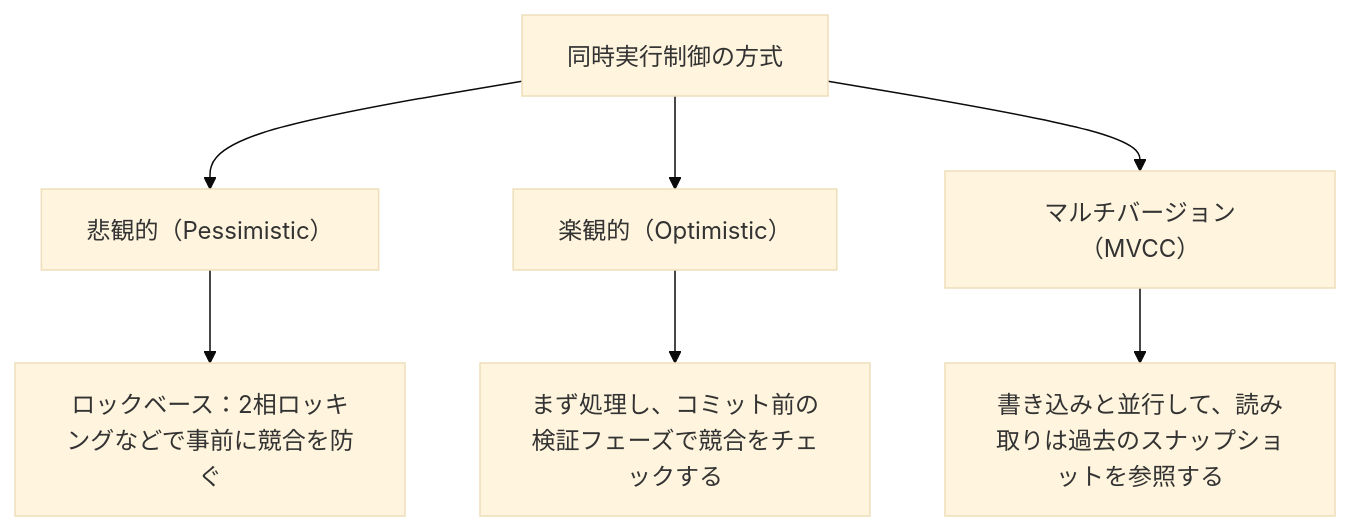
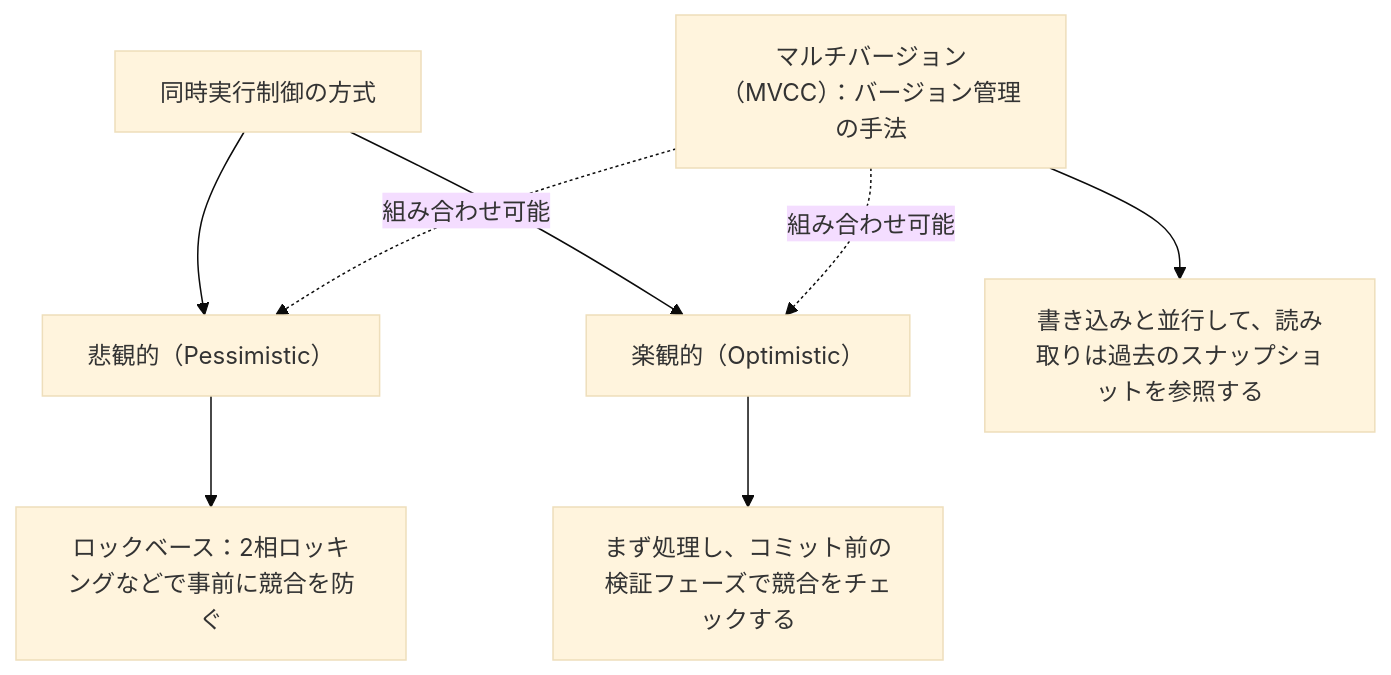
The seventh of 15 diagrams in Database-internals-guide.md (myoshi2891/Software-Design-and-Architecture), drawn with Mermaid (base theme) before and after one commit. The commit also changed other lines of this file, not shown here.

Commit message:
docs(database-internals): MVCCを悲観的・楽観的制御と組み合わせる手法として図示し、WALの永続性が同期設定に依存する点を追記

````diff
--- a/Database-internals-guide.md
+++ b/Database-internals-guide.md
@@ -234,9 +234,10 @@
 ```mermaid
 flowchart TB
     CC["同時実行制御の方式"] --> Pess["悲観的（Pessimistic）"]
     CC --> Opt["楽観的（Optimistic）"]
-    CC --> MVCC["マルチバージョン（MVCC）"]
     Pess --> Lock["ロックベース：2相ロッキングなどで事前に競合を防ぐ"]
     Opt --> Validate["まず処理し、コミット前の検証フェーズで競合をチェックする"]
-    MVCC --> Snapshot["書き込みと並行して、読み取りは過去のスナップショットを参照する"]
+    MVCC["マルチバージョン（MVCC）：バージョン管理の手法"] --> Snapshot["書き込みと並行して、読み取りは過去のスナップショットを参照する"]
+    MVCC -. 組み合わせ可能 .-> Pess
+    MVCC -. 組み合わせ可能 .-> Opt
 ```
````
